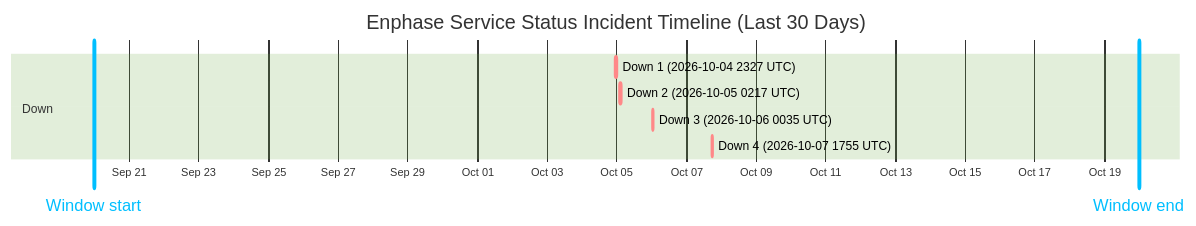
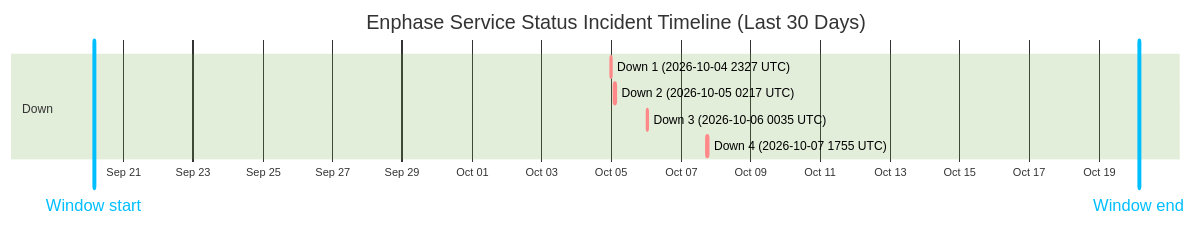
One commit to barneyonline/ha-enphase-energy changed the diagram in wiki/Service-Status-History.md. Above: the diagram before and after it, drawn with Mermaid (forest theme). The commit also changed other lines of this file and 3 other files, not shown here.

````diff
--- a/wiki/Service-Status-History.md
+++ b/wiki/Service-Status-History.md
@@ -14,13 +14,13 @@
 ```mermaid
 gantt
     title Enphase Service Status Incident Timeline (Last 30 Days)
     dateFormat  YYYY-MM-DDTHH:mm:ss
     axisFormat  %b %d
-    Window start :vert, window-start, 2026-09-19T23:51:17, 0ms
-    Window end :vert, window-end, 2026-10-19T23:51:17, 0ms
+    Window start :vert, window-start, 2026-09-20T03:29:18, 0ms
+    Window end :vert, window-end, 2026-10-20T03:29:18, 0ms
     section Down
     Down 1 (2026-10-04 2327 UTC) :crit, down-1, 2026-10-04T23:27:34, 60m
     Down 2 (2026-10-05 0217 UTC) :crit, down-2, 2026-10-05T02:17:30, 60m
     Down 3 (2026-10-06 0035 UTC) :crit, down-3, 2026-10-06T00:35:21, 60m
     Down 4 (2026-10-07 1755 UTC) :crit, down-4, 2026-10-07T17:55:16, 60m
 ```
````
